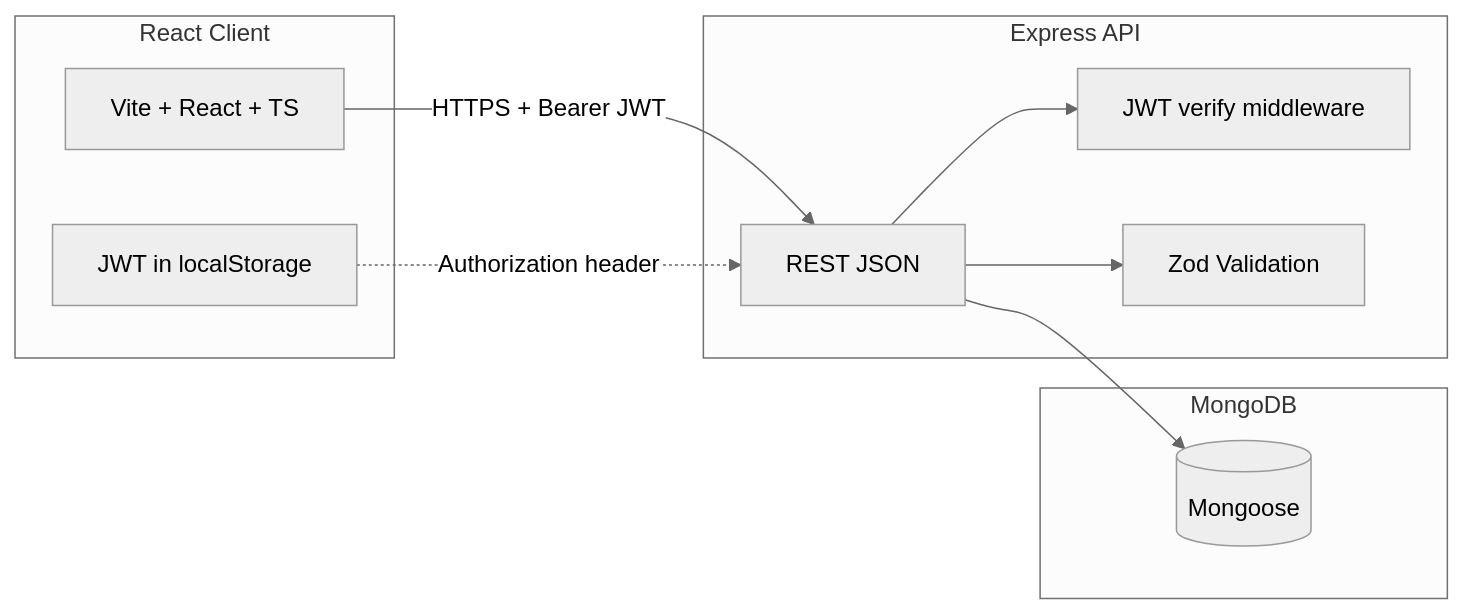
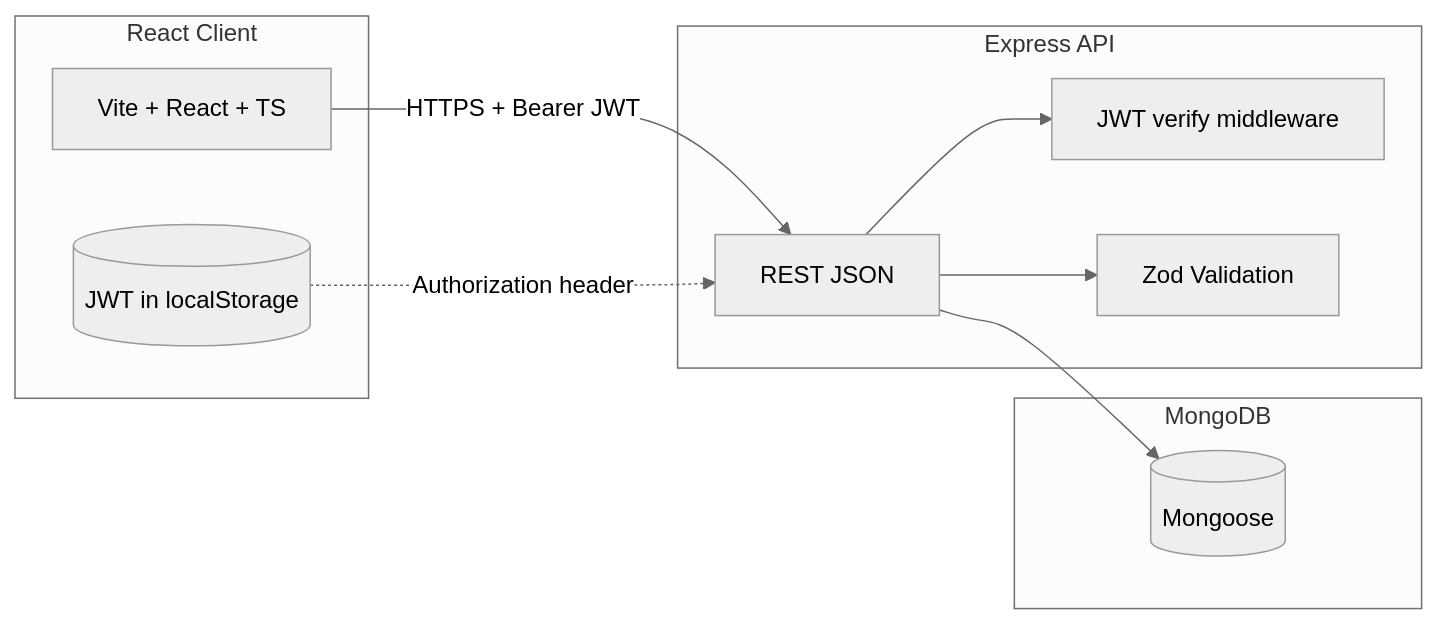
The first of 6 diagrams in README.md (subhm2004/FlowPoint), drawn with Mermaid (neutral theme) before and after one commit. The commit also changed other lines of this file and 1 other file, not shown here.

````diff
--- a/README.md
+++ b/README.md
@@ -55,20 +130,21 @@
 ```mermaid
 flowchart LR
-  subgraph client [React Client]
-    UI[Vite + React + TS]
-    Store[JWT in localStorage]
+  subgraph RC["React Client"]
+    UI["Vite + React + TS"]
+    LS[("JWT in localStorage")]
   end
-  subgraph api [Express API]
-    REST[REST JSON]
-    JWT[JWT verify middleware]
-    Val[Zod Validation]
+  subgraph API["Express API"]
+    REST["REST JSON"]
+    JWTMW["JWT verify middleware"]
+    ZOD["Zod Validation"]
   end
-  subgraph db [MongoDB]
-    Mongo[(Mongoose)]
+  subgraph DB["MongoDB"]
+    M[("Mongoose")]
   end
-  UI -->|HTTPS + Bearer JWT| REST
-  Store -.->|Authorization header| REST
-  REST --> JWT
-  REST --> Val
-  REST --> Mongo
+
+  UI -->|"HTTPS + Bearer JWT"| REST
+  LS -.->|"Authorization header"| REST
+  REST --> JWTMW
+  REST --> ZOD
+  REST --> M
 ```
````
